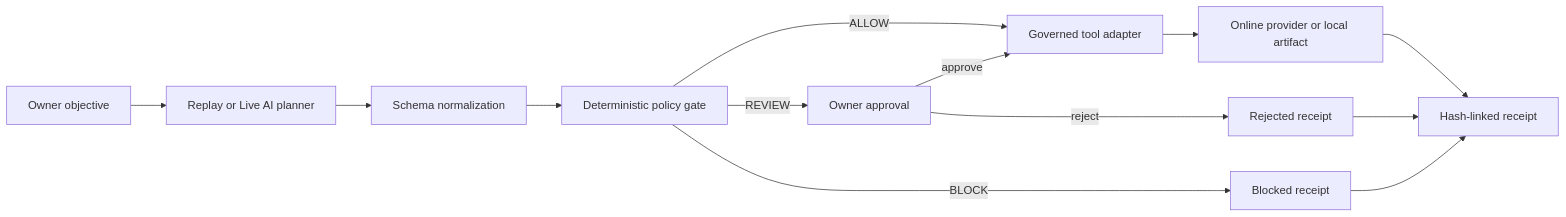
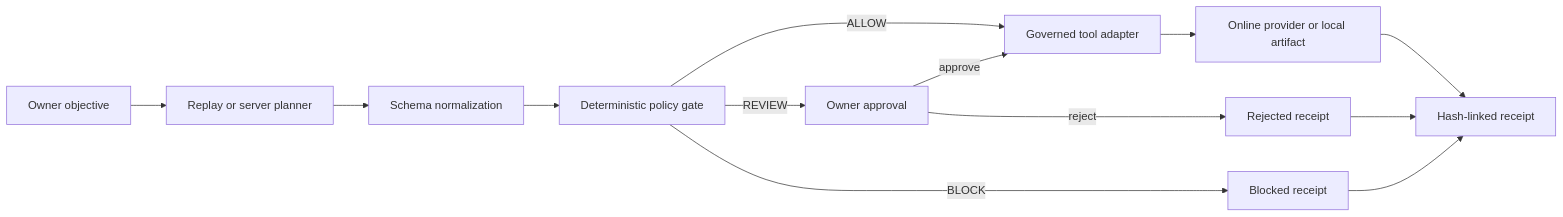
One commit to FeeeeelixWong/solepilot changed the diagram in README.md. Above: the diagram before and after it, drawn with Mermaid. The commit also changed other lines of this file and 8 other files, not shown here.

````diff
--- a/README.md
+++ b/README.md
@@ -59,15 +59,15 @@
 ```mermaid
 flowchart LR
-  O[Owner objective] --> P[Replay or Live AI planner]
+  O[Owner objective] --> P[Replay or server planner]
   P --> V[Schema normalization]
   V --> G[Deterministic policy gate]
   G -->|ALLOW| T[Governed tool adapter]
   G -->|REVIEW| A[Owner approval]
   A -->|approve| T
   A -->|reject| R[Rejected receipt]
   G -->|BLOCK| B[Blocked receipt]
   T --> F[Online provider or local artifact]
   F --> H[Hash-linked receipt]
   R --> H
   B --> H
 ```
````
